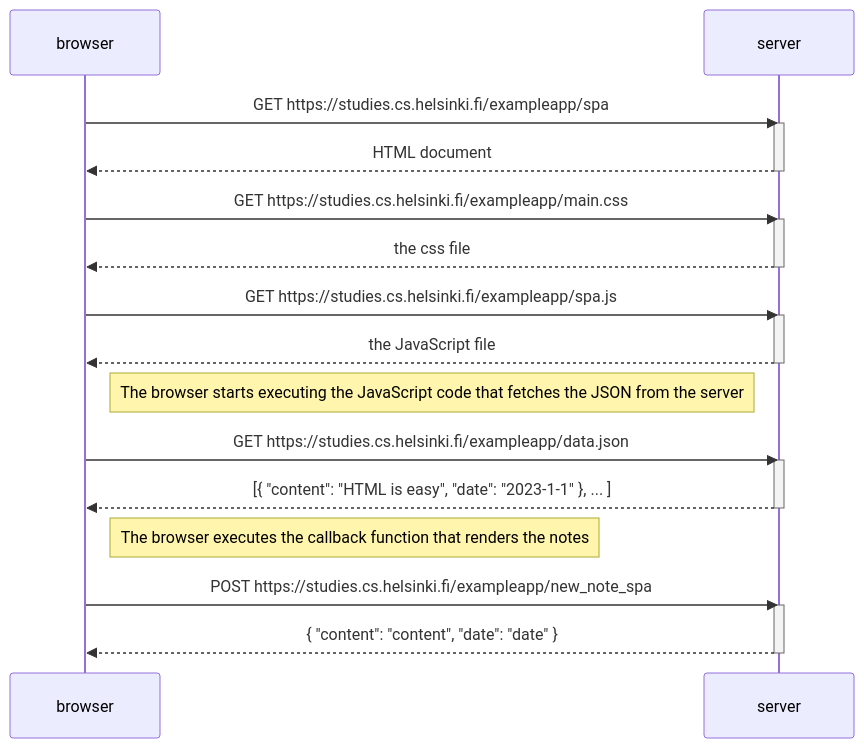
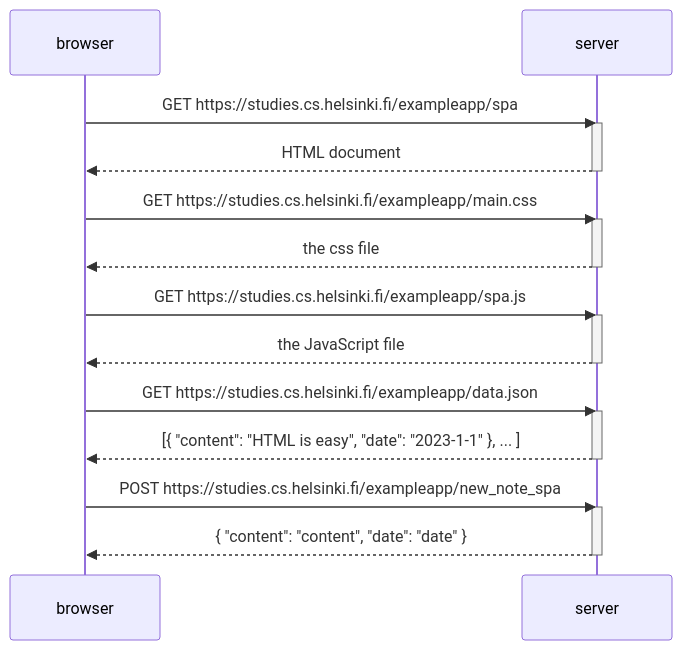
Before and after one commit to Eksezis/FullStackOpen-Zuraw: the diagram in part0/Exercise 0.6.md, drawn with Mermaid. The commit also changed 2 other files, not shown here.

````diff
--- a/part0/Exercise 0.6.md
+++ b/part0/Exercise 0.6.md
@@ -1,34 +1,30 @@
 ```mermaid
 sequenceDiagram
     participant browser
     participant server
 
     browser->>server: GET https://studies.cs.helsinki.fi/exampleapp/spa
     activate server
     server-->>browser: HTML document
     deactivate server
 
     browser->>server: GET https://studies.cs.helsinki.fi/exampleapp/main.css
     activate server
     server-->>browser: the css file
     deactivate server
 
     browser->>server: GET https://studies.cs.helsinki.fi/exampleapp/spa.js
     activate server
     server-->>browser: the JavaScript file
     deactivate server
 
-    Note right of browser: The browser starts executing the JavaScript code that fetches the JSON from the server
-
     browser->>server: GET https://studies.cs.helsinki.fi/exampleapp/data.json
     activate server
     server-->>browser: [{ "content": "HTML is easy", "date": "2023-1-1" }, ... ]
     deactivate server
-
-    Note right of browser: The browser executes the callback function that renders the notes
     
     browser->>server: POST https://studies.cs.helsinki.fi/exampleapp/new_note_spa
     activate server
     server -->>browser: { "content": "content", "date": "date" }
     deactivate server
 ```
````
